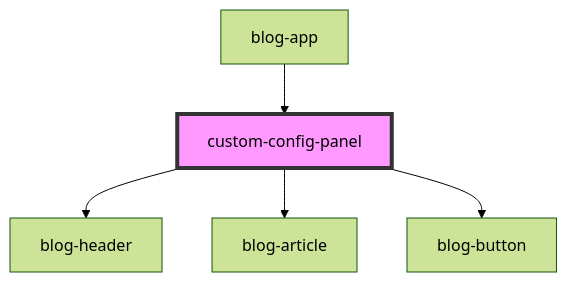
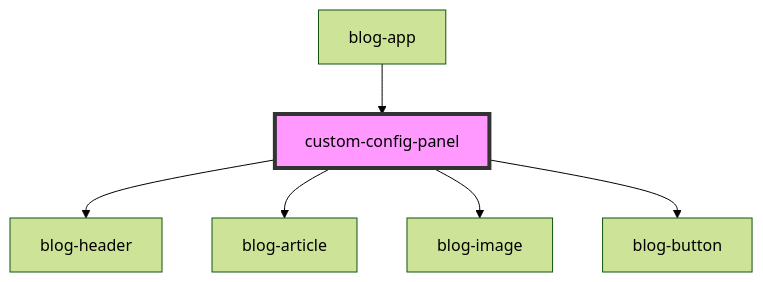
Before and after one commit to lucidworks/grid-builder-poc: the diagram in stencil-grid-builder/src/demo/components/custom-config-panel/readme.md, drawn with Mermaid (forest theme). The commit also changed other lines of this file and 3 other files, not shown here.

````diff
--- a/stencil-grid-builder/src/demo/components/custom-config-panel/readme.md
+++ b/stencil-grid-builder/src/demo/components/custom-config-panel/readme.md
@@ -28,8 +29,9 @@
 ```mermaid
 graph TD;
   custom-config-panel --> blog-header
   custom-config-panel --> blog-article
+  custom-config-panel --> blog-image
   custom-config-panel --> blog-button
   blog-app --> custom-config-panel
   style custom-config-panel fill:#f9f,stroke:#333,stroke-width:4px
 ```
````
